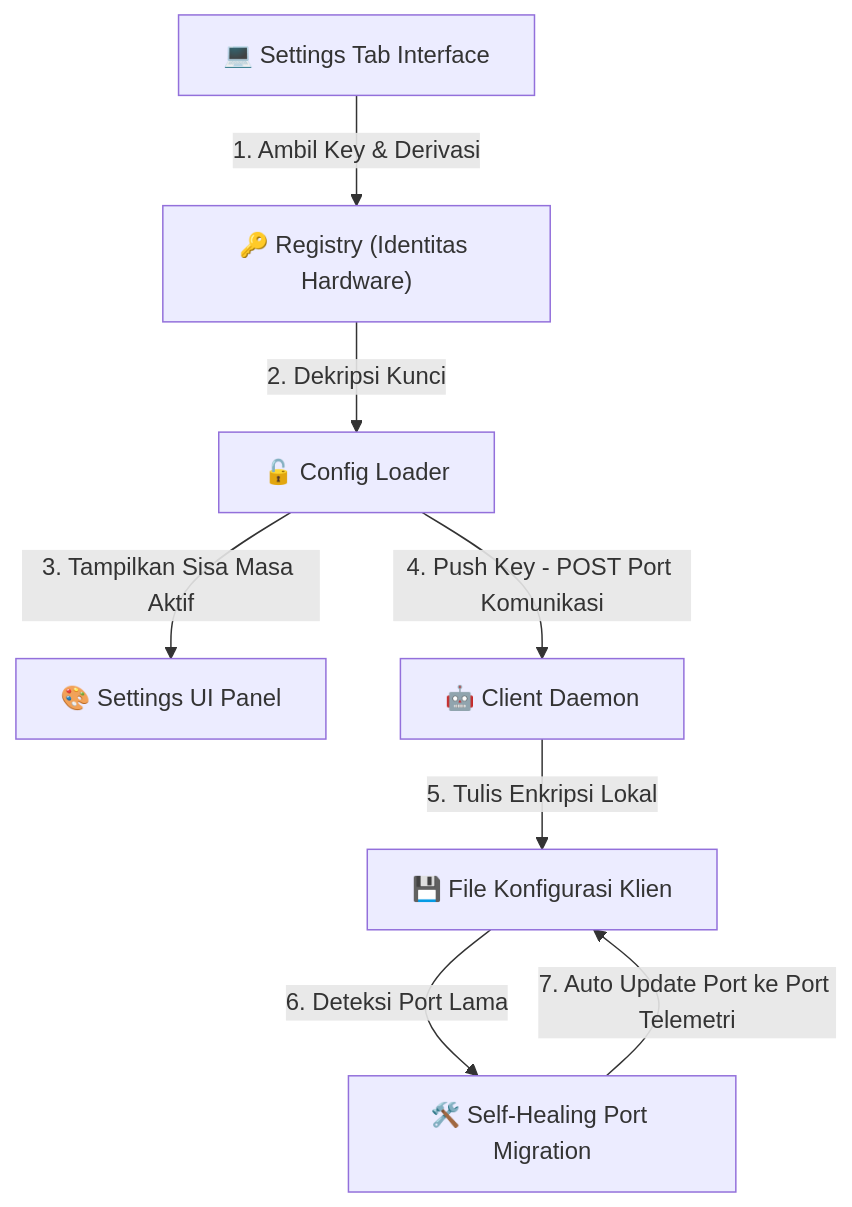
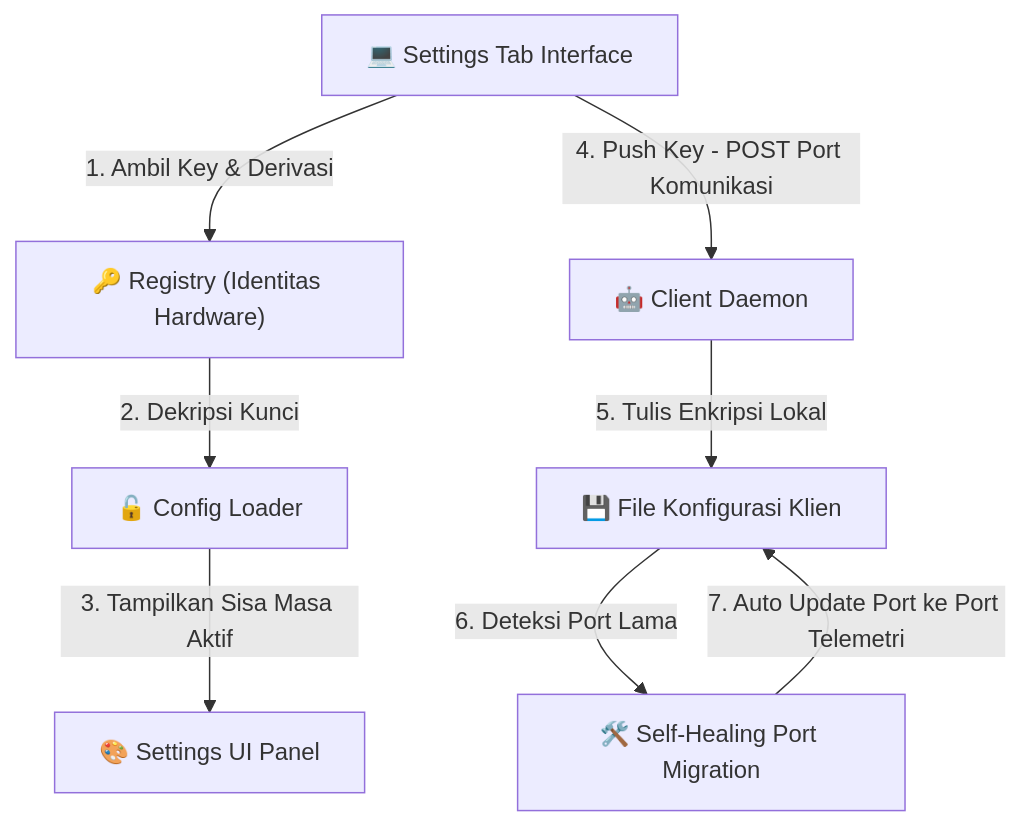
Before and after one commit to Krow-zy/ReksaFel-Lab-Exam: the fourth of 4 diagrams in reksafel_feature_status.md, drawn with Mermaid. The commit also changed other lines of this file, not shown here.

Commit message:
fix(docs): resolve rendering bug in monitor tab diagram and sanitize client agent file leaks

````diff
--- a/reksafel_feature_status.md
+++ b/reksafel_feature_status.md
@@ -259,10 +259,10 @@
 ```mermaid
 flowchart TD
     Dashboard["💻 Settings Tab Interface"] -->|1. Ambil Key & Derivasi| Registry["🔑 Registry (Identitas Hardware)"]
     Registry -->|2. Dekripsi Kunci| Decrypter["🔓 Config Loader"]
     Decrypter -->|3. Tampilkan Sisa Masa Aktif| UI["🎨 Settings UI Panel"]
-    Decrypter -->|4. Push Key - POST Port Komunikasi| ClientKeyReceiver["🤖 Client Daemon"]
+    Dashboard -->|4. Push Key - POST Port Komunikasi| ClientKeyReceiver["🤖 Client Daemon"]
     ClientKeyReceiver -->|5. Tulis Enkripsi Lokal| ClientConfig["💾 File Konfigurasi Klien"]
     ClientConfig -->|6. Deteksi Port Lama| SelfHealing["🛠️ Self-Healing Port Migration"]
     SelfHealing -->|7. Auto Update Port ke Port Telemetri| ClientConfig
 ```
````
